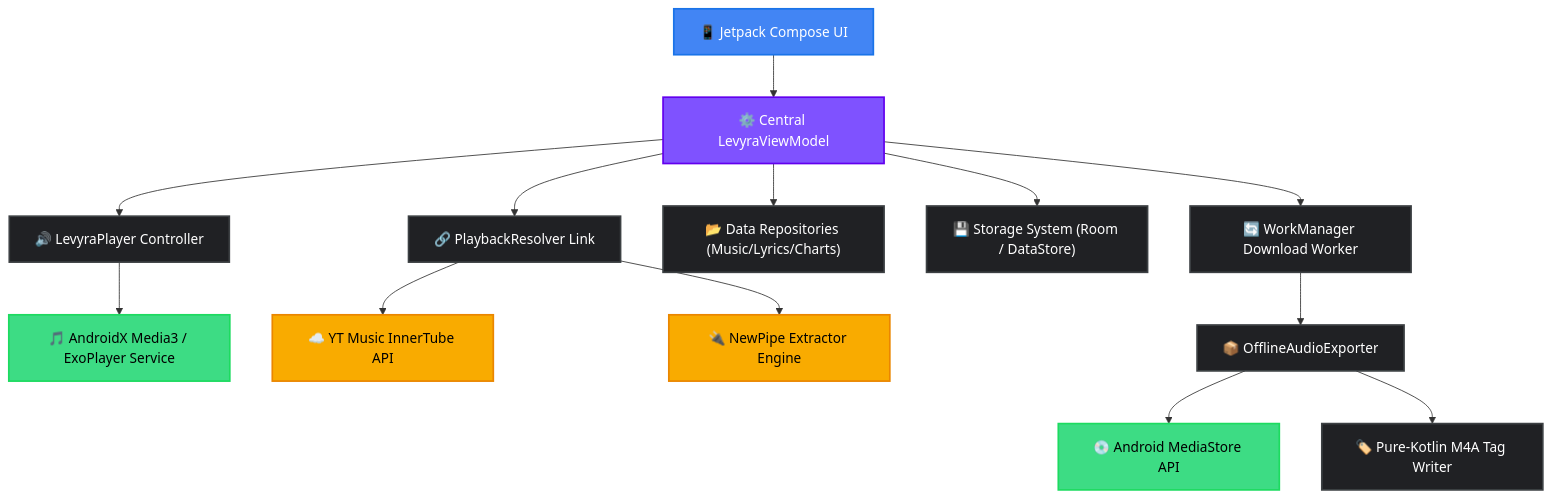
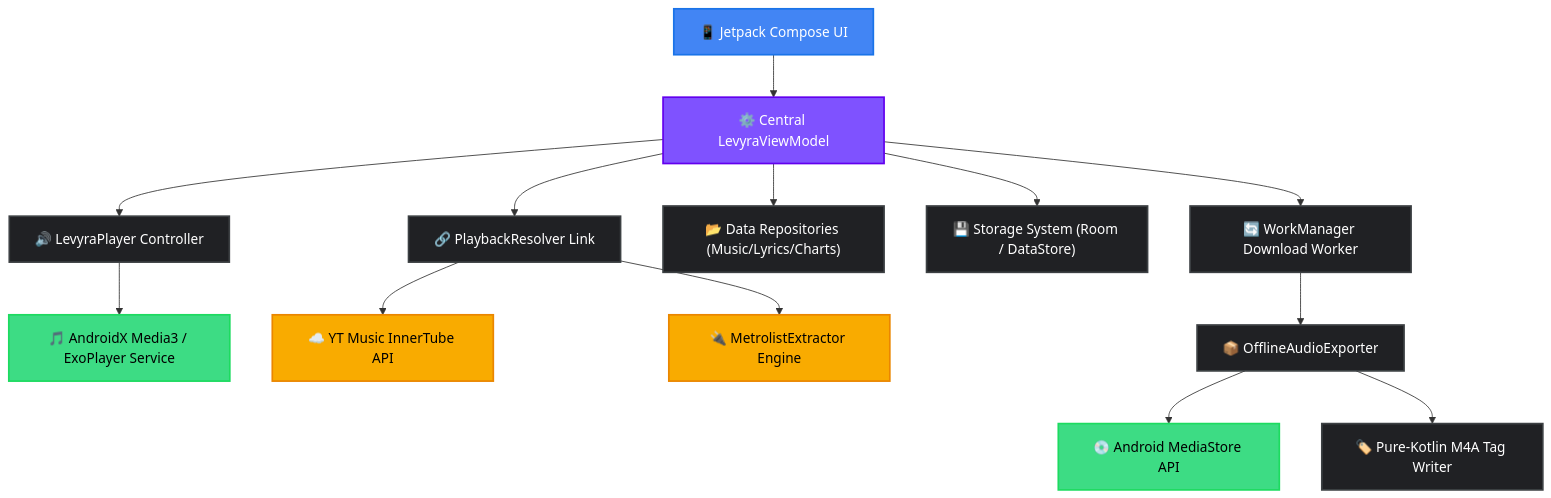
The diagram in README.md (LUC4N3X/Levyra-deepsound), drawn with Mermaid before and after one commit. The commit also changed other lines of this file, not shown here.

Commit message:
feat(playback): add premium audio engine and resilient extractor fallback

````diff
--- a/README.md
+++ b/README.md
@@ -118,26 +118,26 @@
 ```mermaid
 graph TD
     %% Custom Styling Theme
     classDef ui fill:#4285F4,stroke:#1A73E8,stroke-width:2px,color:#fff;
     classDef vm fill:#7F52FF,stroke:#6200EE,stroke-width:2px,color:#fff;
     classDef core fill:#202124,stroke:#3C4043,stroke-width:2px,color:#fff;
     classDef engine fill:#3DDC84,stroke:#1DDB60,stroke-width:2px,color:#000;
     classDef ext fill:#F9AB00,stroke:#EA8600,stroke-width:2px,color:#000;
 
     UI["📱 Jetpack Compose UI"]:::ui --> VM["⚙️ Central LevyraViewModel"]:::vm
     
     VM --> Player["🔊 LevyraPlayer Controller"]:::core
     VM --> Resolver["🔗 PlaybackResolver Link"]:::core
     VM --> Repos["📂 Data Repositories (Music/Lyrics/Charts)"]:::core
     VM --> Store["💾 Storage System (Room / DataStore)"]:::core
     VM --> Work["🔄 WorkManager Download Worker"]:::core
     
     Player --> Media3["🎵 AndroidX Media3 / ExoPlayer Service"]:::engine
     
     Resolver --> InnerTube["☁️ YT Music InnerTube API"]:::ext
-    Resolver --> NewPipe["🔌 NewPipe Extractor Engine"]:::ext
+    Resolver --> Extractor["🔌 MetrolistExtractor Engine"]:::ext
     
     Work --> Exporter["📦 OfflineAudioExporter"]:::core
     Exporter --> MediaStore["💿 Android MediaStore API"]:::engine
     Exporter --> Tagger["🏷️ Pure-Kotlin M4A Tag Writer"]:::core
 ```
````
